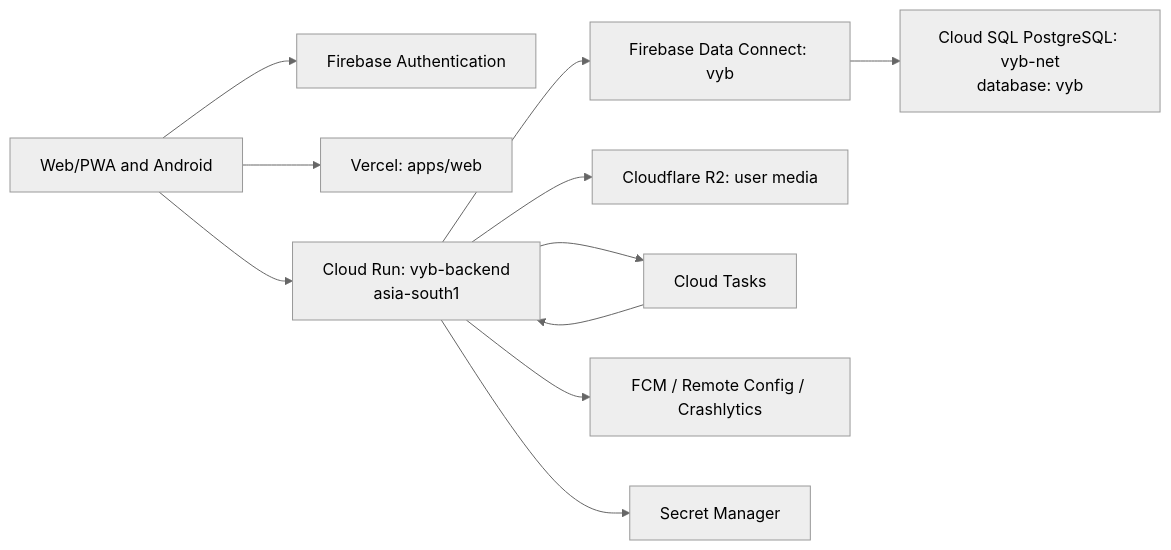
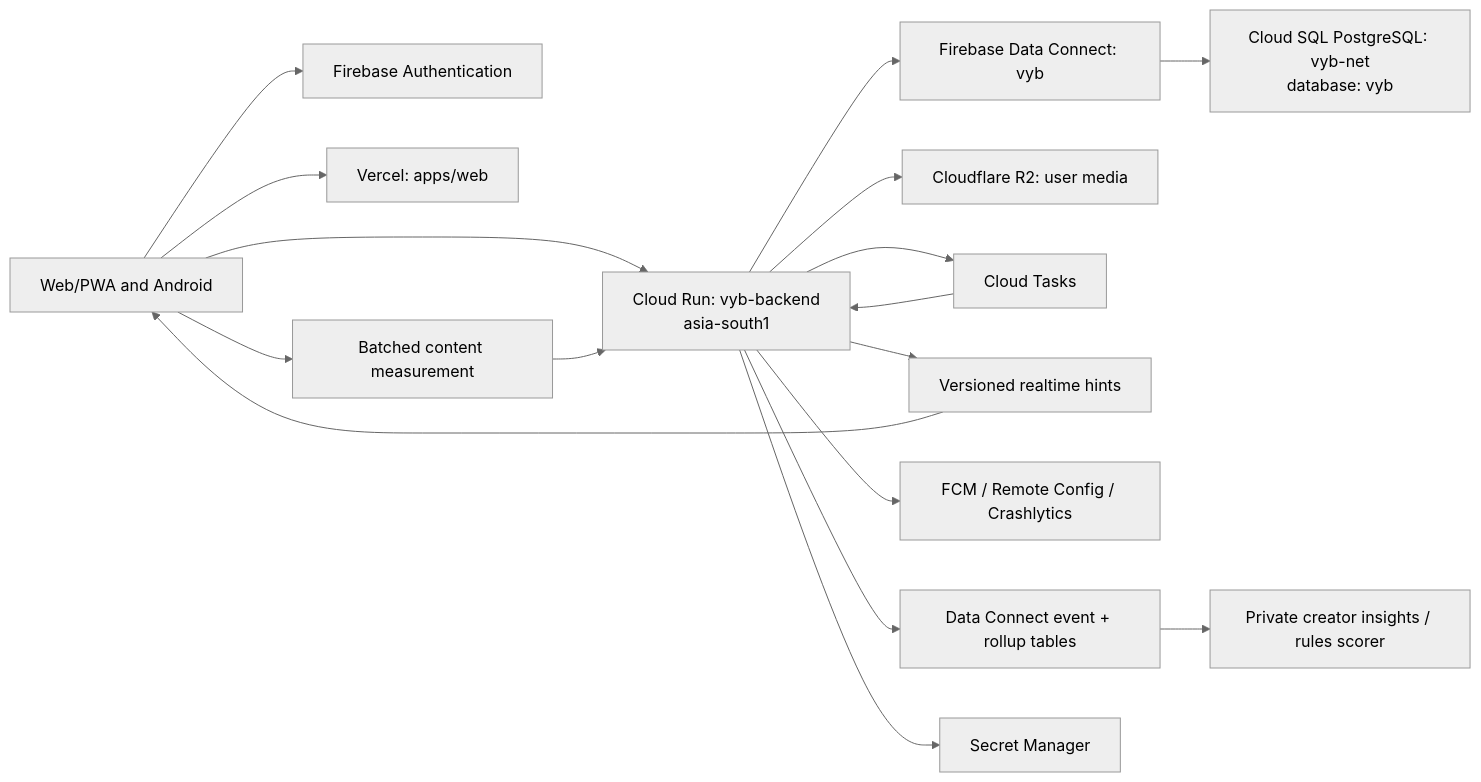
One commit to utkarsh-pat/vyb changed the diagram in docs/architecture/HLD.md. Above: the diagram before and after it, drawn with Mermaid (neutral theme). The commit also changed other lines of this file and 75 other files, not shown here.

Commit message:
feat: ship social measurement and graph foundations

````diff
--- a/docs/architecture/HLD.md
+++ b/docs/architecture/HLD.md
@@ -21,13 +24,19 @@
 ```mermaid
 flowchart LR
   U["Web/PWA and Android"] --> AUTH["Firebase Authentication"]
   U --> WEB["Vercel: apps/web"]
   U --> API["Cloud Run: vyb-backend<br/>asia-south1"]
   API --> DC["Firebase Data Connect: vyb"]
   DC --> SQL["Cloud SQL PostgreSQL: vyb-net<br/>database: vyb"]
   API --> R2["Cloudflare R2: user media"]
   API --> TASKS["Cloud Tasks"]
   TASKS --> API
+  API --> RT["Versioned realtime hints"]
+  RT --> U
   API --> FCM["FCM / Remote Config / Crashlytics"]
+  U --> EVENTS["Batched content measurement"]
+  EVENTS --> API
+  API --> ROLLUP["Data Connect event + rollup tables"]
+  ROLLUP --> INSIGHTS["Private creator insights / rules scorer"]
   API --> SM["Secret Manager"]
 ```
````
